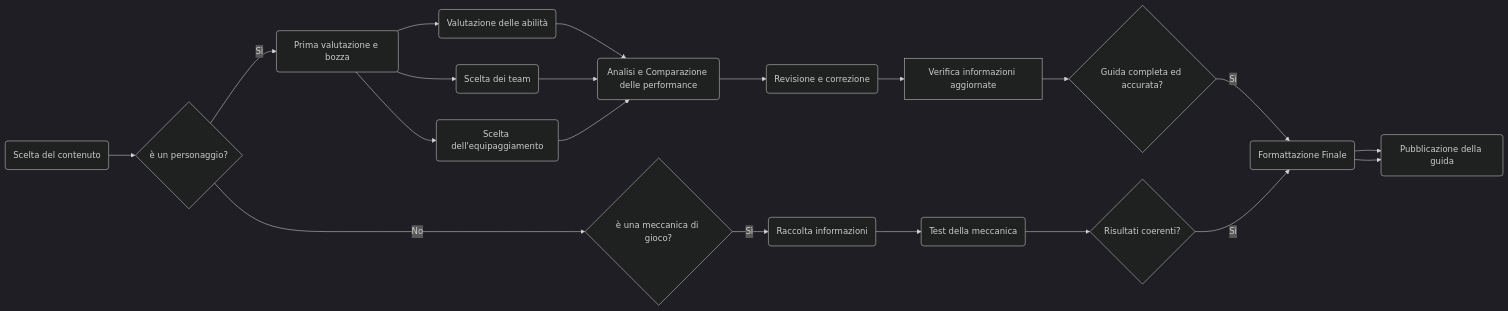
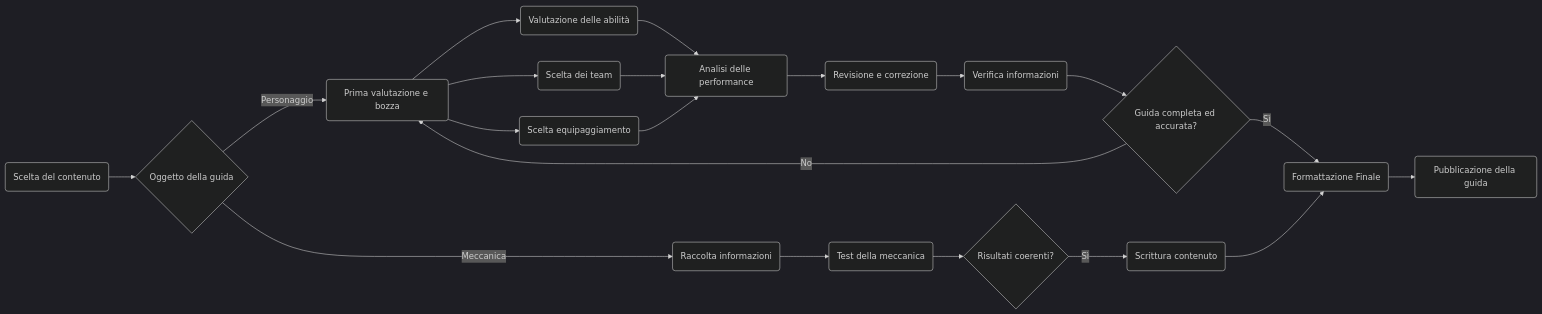
Before and after one commit to RafVale/Progetto-Editoria-Digitale: the first of 2 diagrams in RelazioneProgettoEsame.md, drawn with Mermaid (dark theme).

````diff
--- a/RelazioneProgettoEsame.md
+++ b/RelazioneProgettoEsame.md
@@ -61,23 +61,22 @@
 ```mermaid
 flowchart LR
-    A(Scelta del contenuto) --> B{è un personaggio?}
-        B --> |Sì| C(Prima valutazione e bozza)
+    A(Scelta del contenuto) --> B{Oggetto della guida}
+        B --> |Personaggio| C(Prima valutazione e bozza)
             C --> D(Valutazione delle abilità)
             C --> E(Scelta dei team)
-            C --> F(Scelta dell'equipaggiamento)
-            D & E & F --> G(Analisi e Comparazione delle performance)
+            C --> F(Scelta equipaggiamento)
+            D & E & F --> G(Analisi delle performance)
             G --> H(Revisione e correzione)
-            H --> I[Verifica informazioni aggiornate]
+            H --> I(Verifica informazioni)
             I --> L{Guida completa ed accurata?}
         L --> |Sì| Y(Formattazione Finale)
+        L --> |No| C(Prima valutazione e bozza)
+
+    B -->|Meccanica| M(Raccolta informazioni)
+        M --> N(Test della meccanica)
+        N--> O{Risultati coerenti?}
+            O -->|Sì| P(Scrittura contenuto)
+            P --> Y(Formattazione Finale)
     Y--> Z(Pubblicazione della guida)
 
-    B -->|No| M{è una meccanica di gioco?}
-        M -->|Sì| N(Raccolta informazioni)
-            N--> O(Test della meccanica)
-            O --> P{Risultati coerenti?}
-    P -->|Sì| Y(Formattazione Finale)
-    Y--> Z(Pubblicazione della guida)
-
-
 ```
````
